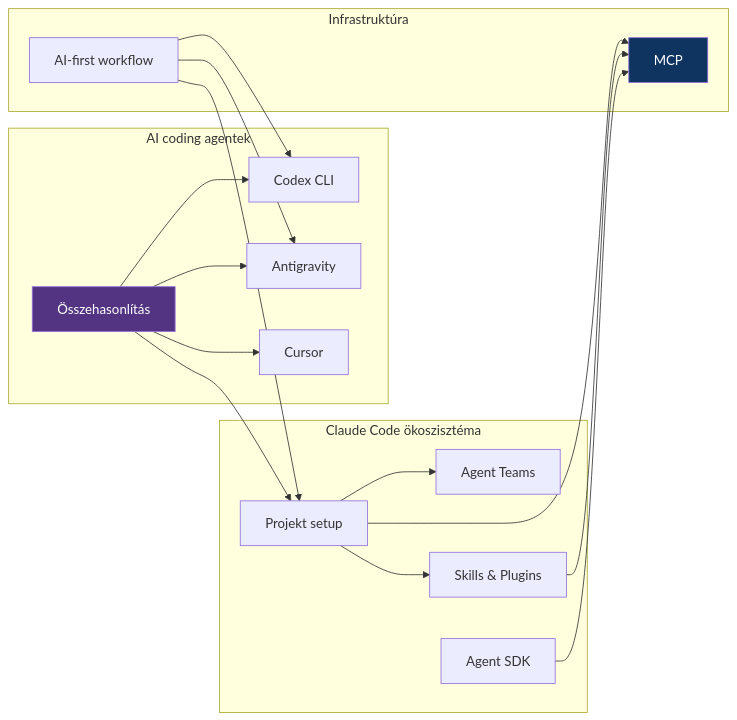
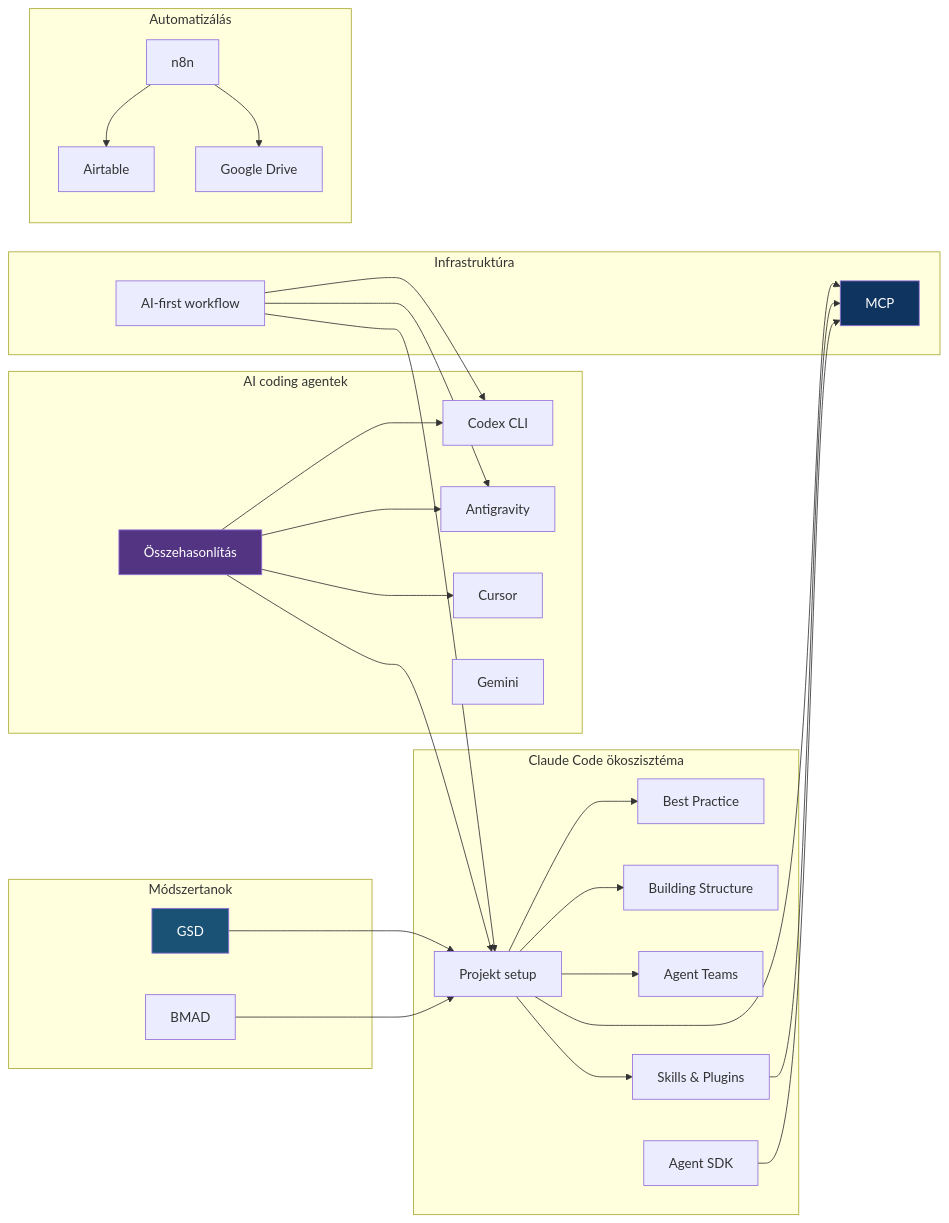
One commit to BILDR-HUB/bildr-learn changed the diagram in _moc/moc-ai-tooling.md. Above: the diagram before and after it, drawn with Mermaid. The commit also changed other lines of this file and 98 other files, not shown here.

````diff
--- a/_moc/moc-ai-tooling.md
+++ b/_moc/moc-ai-tooling.md
@@ -47,39 +72,62 @@
 ```mermaid
 graph LR
     subgraph CC_ECO ["Claude Code ökoszisztéma"]
         CC["Projekt setup"]
+        BP["Best Practice"]
+        BS["Building Structure"]
         AT["Agent Teams"]
         SDK["Agent SDK"]
         SP["Skills & Plugins"]
     end
 
     subgraph AGENTS ["AI coding agentek"]
         CDX["Codex CLI"]
         AG["Antigravity"]
         CU["Cursor"]
+        GEM["Gemini"]
         COMP["Összehasonlítás"]
+    end
+
+    subgraph METHOD ["Módszertanok"]
+        GSD["GSD"]
+        BMAD["BMAD"]
     end
 
     subgraph INFRA ["Infrastruktúra"]
         MCP["MCP"]
         WF["AI-first workflow"]
     end
 
+    subgraph AUTO ["Automatizálás"]
+        N8N["n8n"]
+        AIR["Airtable"]
+        GD["Google Drive"]
+    end
+
+    CC --> BP
+    CC --> BS
     CC --> SP
     CC --> AT
     CC --> MCP
     SP --> MCP
     SDK --> MCP
+
+    GSD --> CC
+    BMAD --> CC
 
     COMP --> CDX
     COMP --> AG
     COMP --> CU
     COMP --> CC
 
     WF --> CC
     WF --> CDX
     WF --> AG
 
+    N8N --> AIR
+    N8N --> GD
+
     style MCP fill:#0f3460,color:#fff
     style COMP fill:#533483,color:#fff
+    style GSD fill:#1a5276,color:#fff
 ```
````
